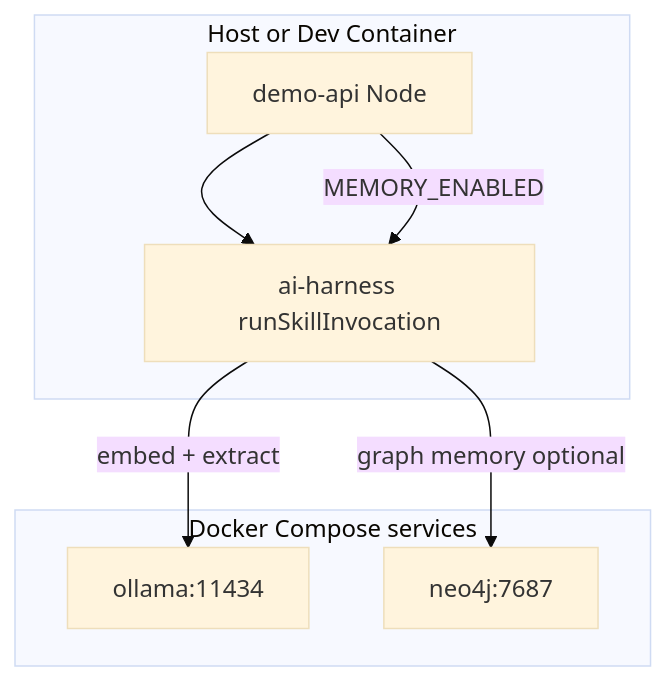
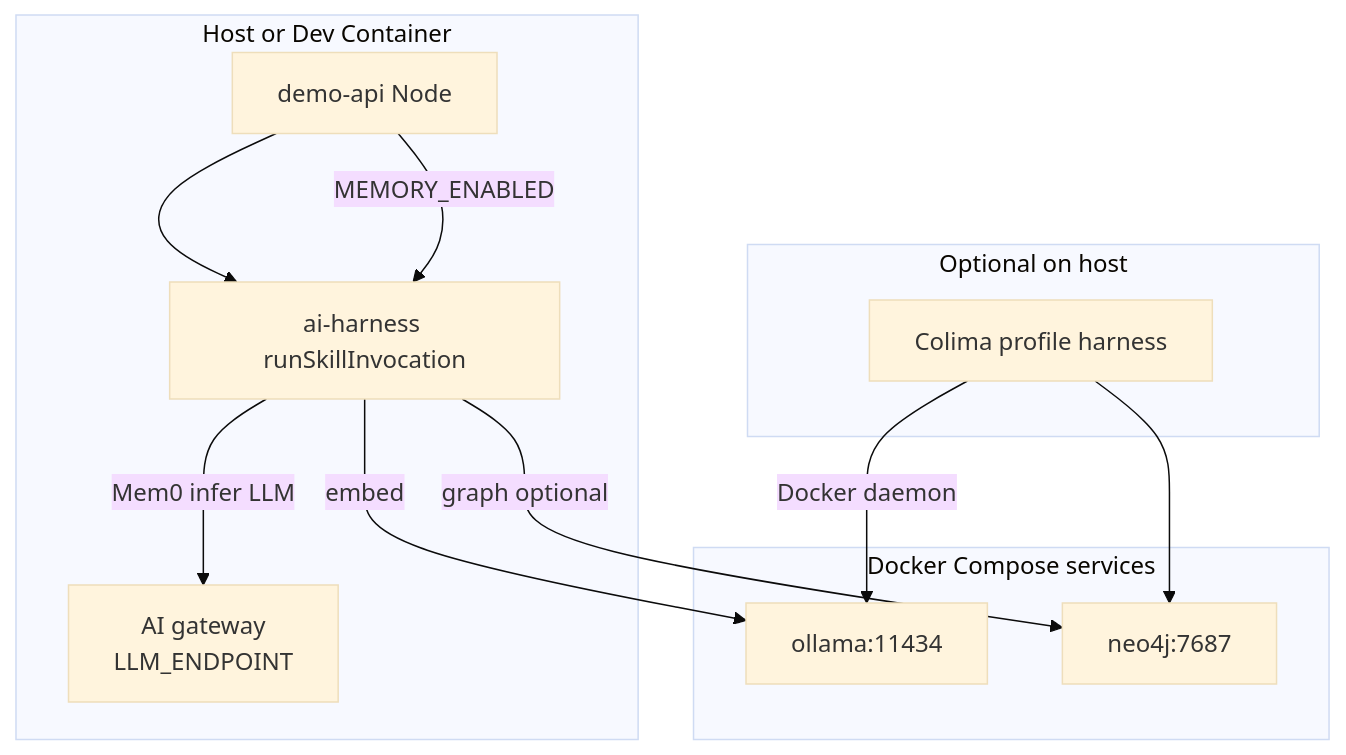
The fourth of 4 diagrams in packages/memory/README.md (c2pig/ai-harness), drawn with Mermaid (base theme) before and after one commit. The commit also changed other lines of this file and 50 other files, not shown here.

````diff
--- a/packages/memory/README.md
+++ b/packages/memory/README.md
@@ -118,15 +117,22 @@
 ```mermaid
 flowchart TB
   subgraph host [Host or Dev Container]
     demo["demo-api Node"]
     harness["ai-harness runSkillInvocation"]
+    gateway["AI gateway\nLLM_ENDPOINT"]
+  end
+  subgraph colimaLayer [Optional on host]
+    colimaVm["Colima profile harness"]
   end
   subgraph docker [Docker Compose services]
     ollama["ollama:11434"]
     neo4j["neo4j:7687"]
   end
   demo --> harness
   demo -->|"MEMORY_ENABLED"| harness
-  harness -->|"embed + extract"| ollama
-  harness -->|"graph memory optional"| neo4j
+  colimaVm -->|"Docker daemon"| ollama
+  colimaVm --> neo4j
+  harness -->|"embed"| ollama
+  harness -->|"Mem0 infer LLM"| gateway
+  harness -->|"graph optional"| neo4j
 ```
````
